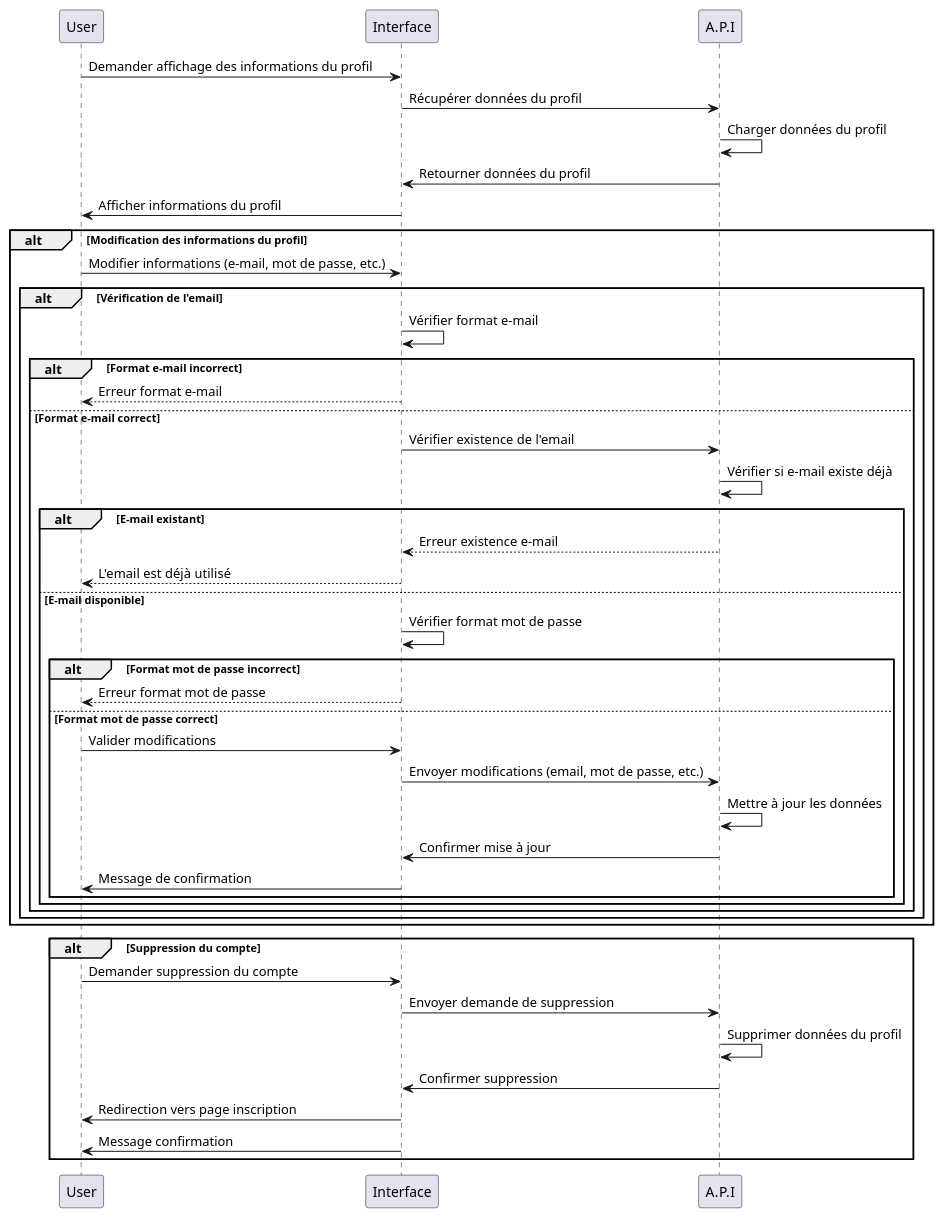
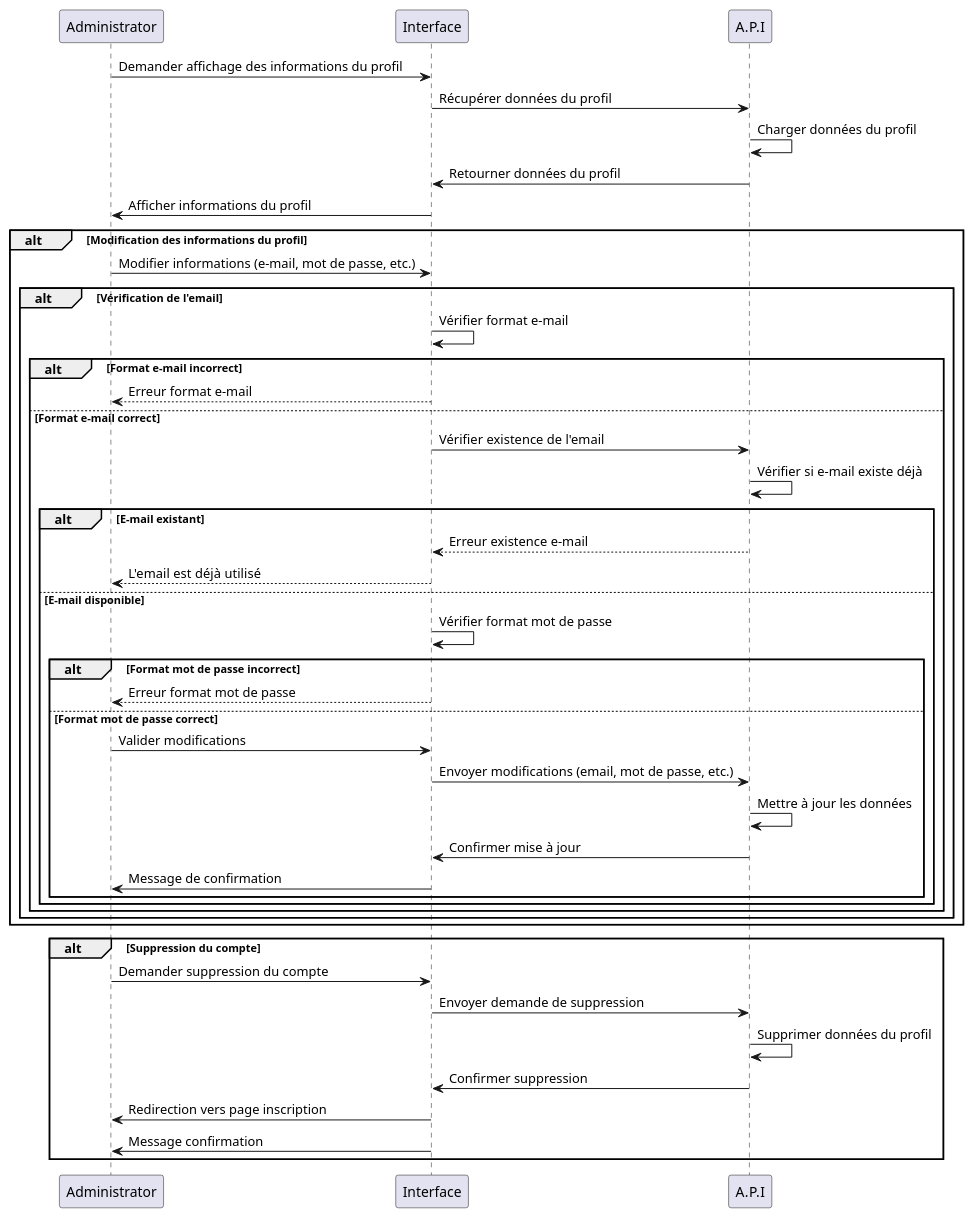
Before and after one commit to Qwizs/diagrammes: the diagram in Séquences/user_manage_profile/manage_profile.puml, drawn with PlantUML. The commit also changed 2 other files, not shown here.

```diff
--- a/Séquences/user_manage_profile/manage_profile.puml
+++ b/Séquences/user_manage_profile/manage_profile.puml
@@ -1,45 +1,45 @@
 @startuml
-User -> Interface: Demander affichage des informations du profil
+Administrator -> Interface: Demander affichage des informations du profil
 Interface -> A.P.I: Récupérer données du profil
 A.P.I -> A.P.I: Charger données du profil
 A.P.I -> Interface: Retourner données du profil
-Interface -> User: Afficher informations du profil
+Interface -> Administrator: Afficher informations du profil
 
 alt Modification des informations du profil
-  User -> Interface: Modifier informations (e-mail, mot de passe, etc.)
+  Administrator -> Interface: Modifier informations (e-mail, mot de passe, etc.)
   
   alt Vérification de l'email
     Interface -> Interface: Vérifier format e-mail
     alt Format e-mail incorrect
-      User <-- Interface #red: Erreur format e-mail
+      Administrator <-- Interface #red: Erreur format e-mail
     else Format e-mail correct
       Interface -> A.P.I: Vérifier existence de l'email
       A.P.I -> A.P.I: Vérifier si e-mail existe déjà
       alt E-mail existant
         Interface <-- A.P.I: Erreur existence e-mail
-        User <-- Interface #red: L'email est déjà utilisé
+        Administrator <-- Interface #red: L'email est déjà utilisé
       else E-mail disponible
         Interface -> Interface: Vérifier format mot de passe
         alt Format mot de passe incorrect
-          User <-- Interface #red: Erreur format mot de passe
+          Administrator <-- Interface #red: Erreur format mot de passe
         else Format mot de passe correct
-          User -> Interface: Valider modifications
+          Administrator -> Interface: Valider modifications
           Interface -> A.P.I: Envoyer modifications (email, mot de passe, etc.)
           A.P.I -> A.P.I: Mettre à jour les données
           A.P.I -> Interface: Confirmer mise à jour
-          Interface -> User: Message de confirmation
+          Interface -> Administrator: Message de confirmation
         end
       end
     end
   end
 end
 
 alt Suppression du compte
-  User -> Interface: Demander suppression du compte
+  Administrator -> Interface: Demander suppression du compte
   Interface -> A.P.I: Envoyer demande de suppression
   A.P.I -> A.P.I: Supprimer données du profil
   A.P.I -> Interface: Confirmer suppression
-  Interface -> User: Redirection vers page inscription
-  Interface -> User: Message confirmation
+  Interface -> Administrator: Redirection vers page inscription
+  Interface -> Administrator: Message confirmation
 end
 @enduml
```
